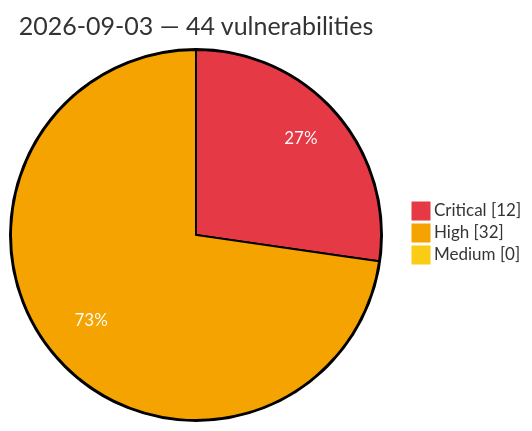
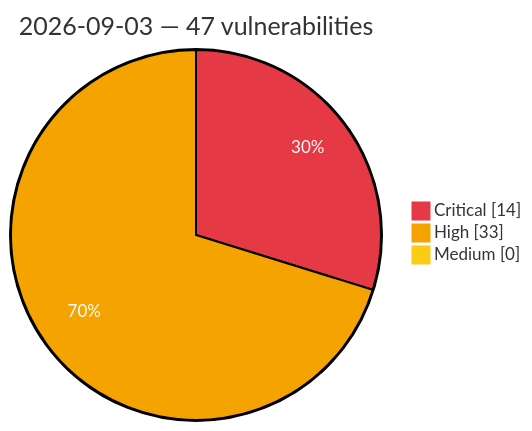
One commit to GhostX0X/vuln-tracker changed the diagram in vulnerabilities/2026/September/2026-09-03.md. Above: the diagram before and after it, drawn with Mermaid. The commit also changed other lines of this file and 5 other files, not shown here.

Commit message:
Auto update: critical/high vulns (2026-09-03 20:29 UTC)

````diff
--- a/vulnerabilities/2026/September/2026-09-03.md
+++ b/vulnerabilities/2026/September/2026-09-03.md
@@ -3,8 +3,8 @@
 ```mermaid
 %%{init: {'theme':'base', 'themeVariables': {'pie1':'#e63946', 'pie2':'#f4a300', 'pie3':'#facc15', 'pieOpacity':'1', 'pieOuterStrokeWidth':'2px', 'pieSectionTextColor':'#ffffff'}}}%%
 pie showData
-    title 2026-09-03 — 44 vulnerabilities
-    "Critical" : 12
-    "High" : 32
+    title 2026-09-03 — 47 vulnerabilities
+    "Critical" : 14
+    "High" : 33
     "Medium" : 0
 ```
````
